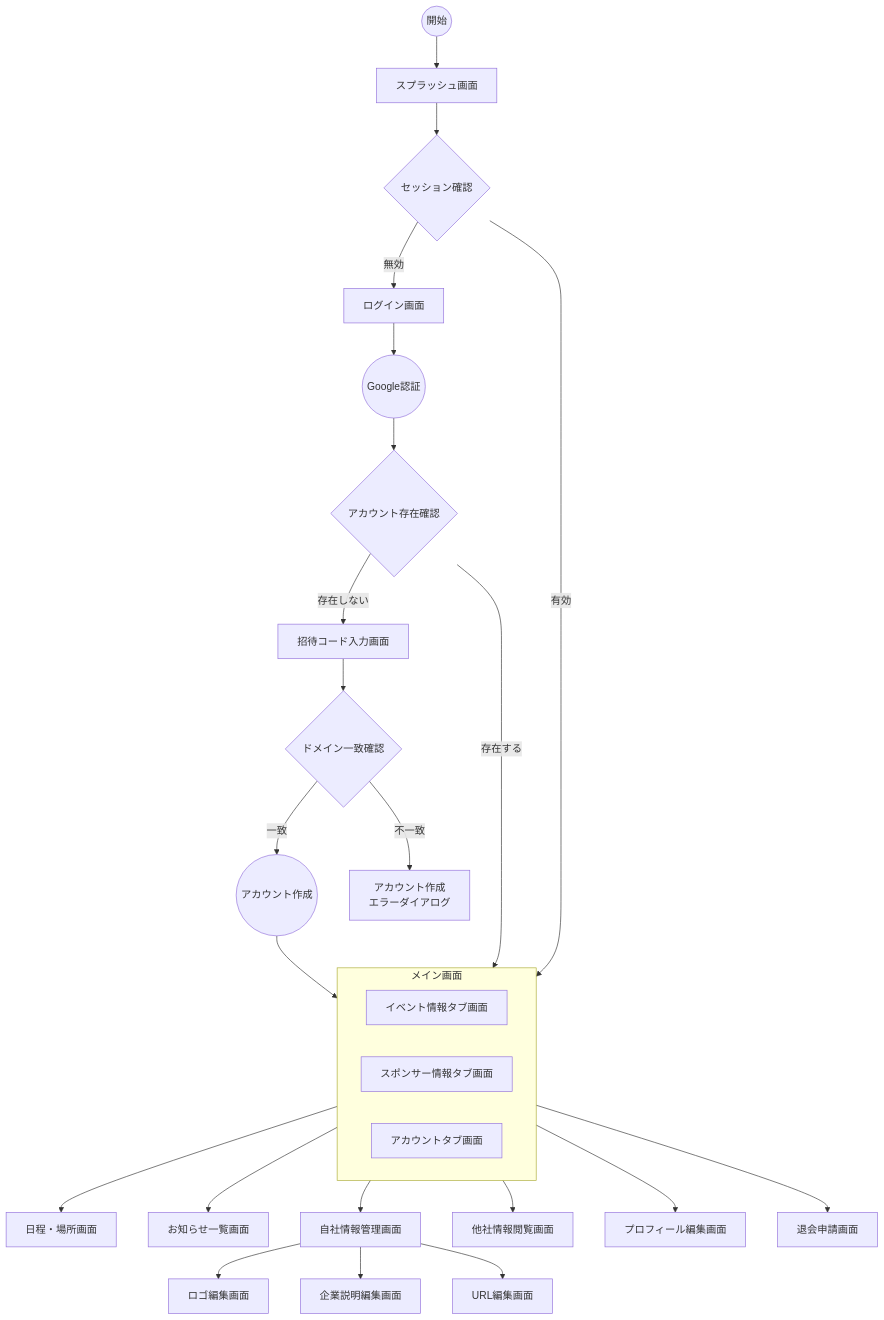
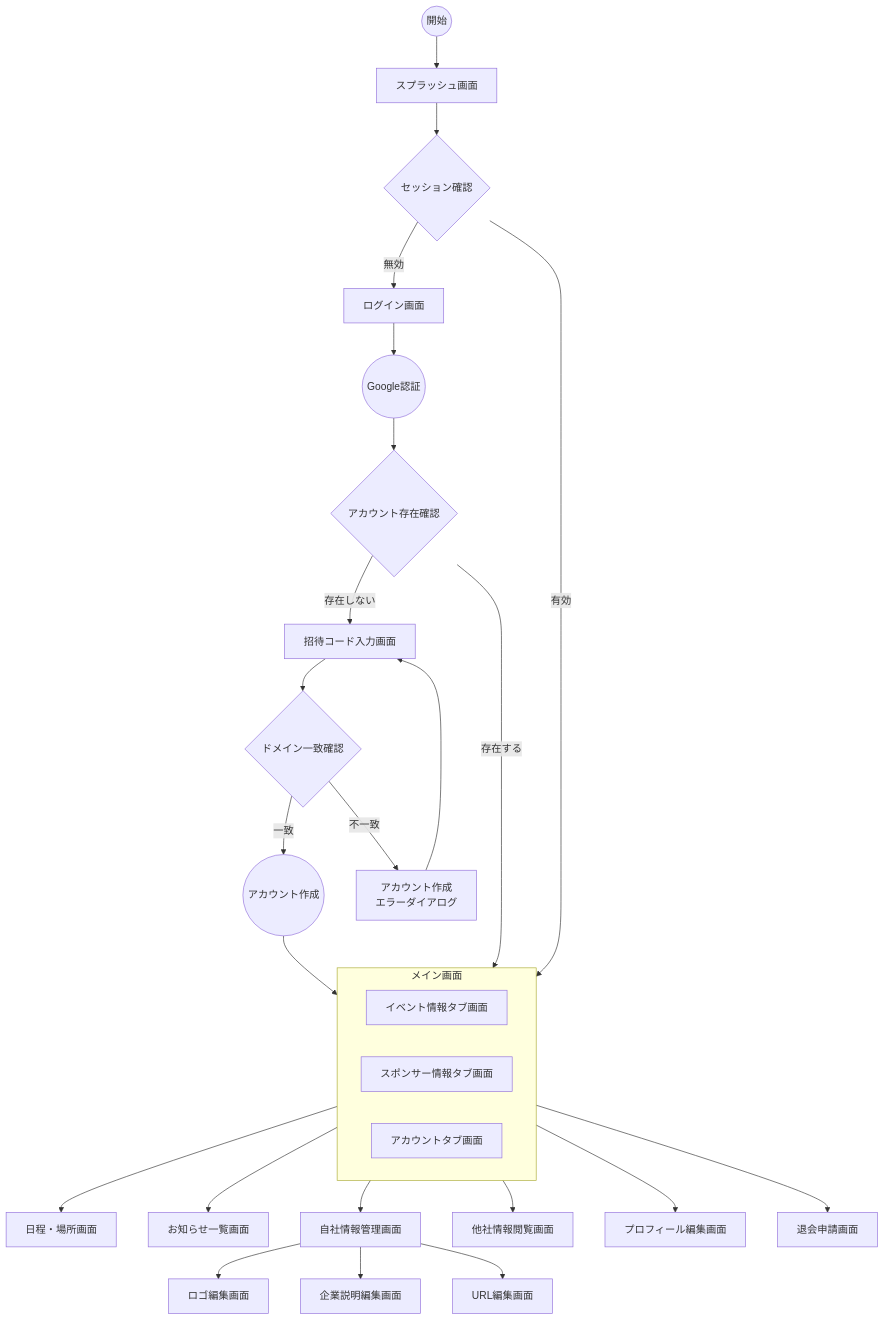
One commit to FlutterKaigi/2025 changed the diagram in docs/dashboard/SCREENS.md. Above: the diagram before and after it, drawn with Mermaid.

Commit message:
docs: アカウント作成エラーダイアログから招待コード入力画面への戻る線を追加

````diff
--- a/docs/dashboard/SCREENS.md
+++ b/docs/dashboard/SCREENS.md
@@ -55,40 +55,41 @@
 ```mermaid
 flowchart TD
     Start((開始)) --> Splash[スプラッシュ画面]
     Splash --> SessionCheck{セッション確認}
     SessionCheck --> |有効| EventInfo[イベント情報タブ画面]
     SessionCheck --> |無効| Login[ログイン画面]
     
     %% 認証フロー
     Login --> GoogleAuth((Google認証))
     GoogleAuth --> AccountCheck{アカウント存在確認}
     AccountCheck --> |存在する| EventInfo[イベント情報タブ画面]
     AccountCheck --> |存在しない| InvitationCode[招待コード入力画面]
     
     %% 新規登録フロー
     InvitationCode --> DomainCheck{ドメイン一致確認}
     DomainCheck --> |一致| CreateAccount((アカウント作成))
     DomainCheck --> |不一致| RegisterError[アカウント作成<br>エラーダイアログ]
+    RegisterError --> InvitationCode
     CreateAccount --> EventInfo
     
     %% メイン画面のタブ構成
     subgraph Main[メイン画面]
       direction LR
       EventInfo[イベント情報タブ画面]
       SponsorInfo[スポンサー情報タブ画面]
       Account[アカウントタブ画面]
     end
 
     EventInfo --> Schedule[日程・場所画面]
     EventInfo --> News[お知らせ一覧画面]
     
     SponsorInfo --> OwnInfo[自社情報管理画面]
     SponsorInfo --> OtherInfo[他社情報閲覧画面]
     
     OwnInfo --> LogoEdit[ロゴ編集画面]
     OwnInfo --> DescEdit[企業説明編集画面]
     OwnInfo --> URLEdit[URL編集画面]
     
     Account --> Profile[プロフィール編集画面]
     Account --> Withdrawal[退会申請画面]
 ```
````
